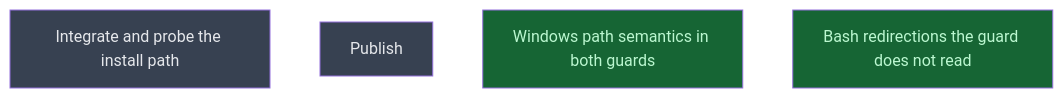
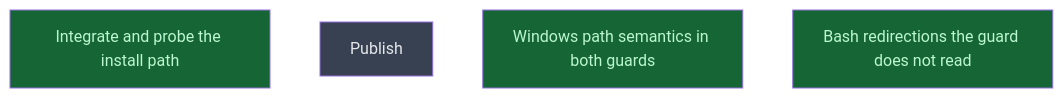
Before and after one commit to CrackingShells/Murmuration: the diagram in __roadmap__/claude_code_release/next/next/README.md, drawn with Mermaid. The commit also changed other lines of this file and 1 other file, not shown here.

Commit message:
docs(roadmap): integrate done; the live-hook gate met in reduced form

````diff
--- a/__roadmap__/claude_code_release/next/next/README.md
+++ b/__roadmap__/claude_code_release/next/next/README.md
@@ -16,12 +16,12 @@
 ```mermaid
 graph TD
-    integrate[Integrate and probe the install path]:::planned
+    integrate[Integrate and probe the install path]:::done
     next[Publish]:::planned
     windows_paths[Windows path semantics in both guards]:::done
     posix_redirects[Bash redirections the guard does not read]:::done
     classDef done       fill:#166534,color:#bbf7d0
     classDef inprogress fill:#854d0e,color:#fef08a
     classDef planned    fill:#374151,color:#e5e7eb
     classDef amendment  fill:#1e3a5f,color:#bfdbfe
     classDef blocked    fill:#7f1d1d,color:#fecaca
 ```
````
